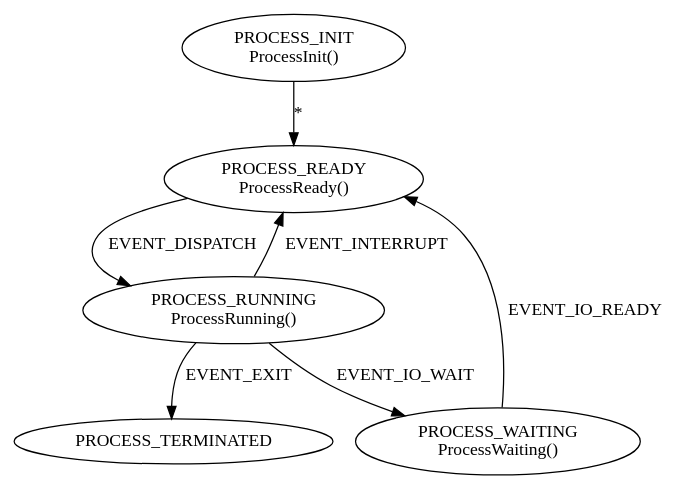
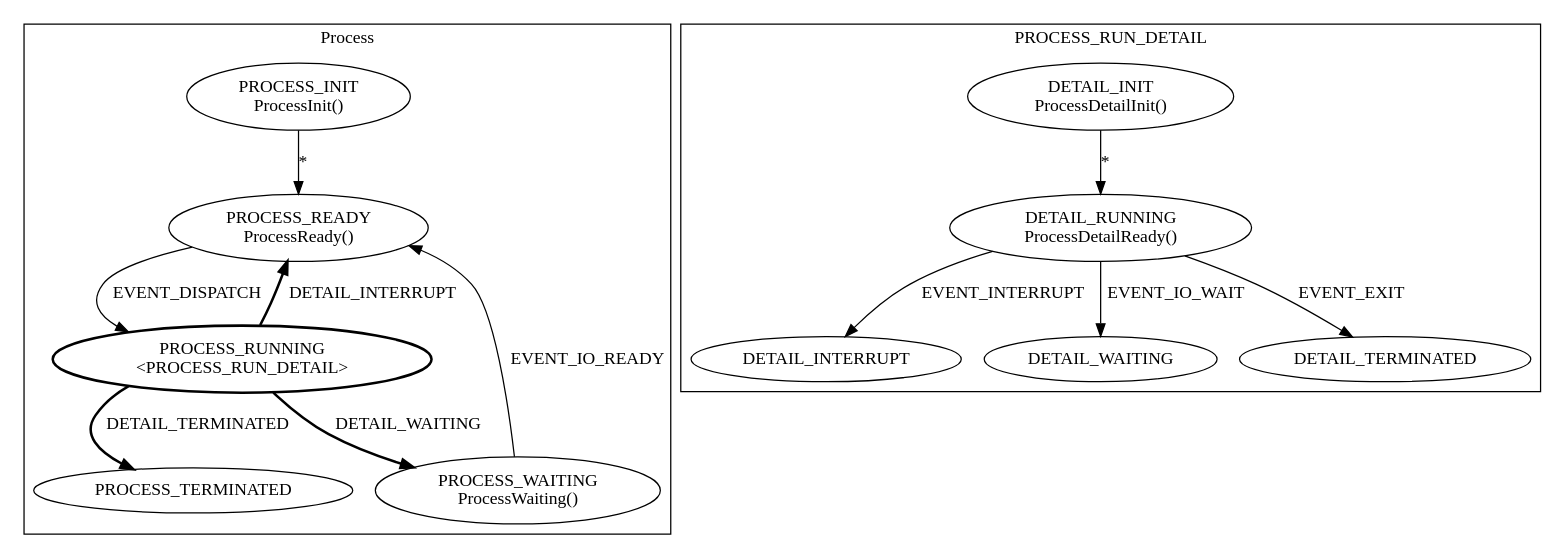
The diagram in HFSM_Demo/bin/HFSM_Demo/process.dot (CoralloNet/HFSM), drawn with Graphviz before and after one commit. The commit also changed 2 other files, not shown here.

Commit message:
Updated graphviz (and pdf) exported files

```diff
--- a/HFSM_Demo/bin/HFSM_Demo/process.dot
+++ b/HFSM_Demo/bin/HFSM_Demo/process.dot
@@ -1,13 +1,33 @@
 
 digraph {
-	PROCESS_INIT[label="PROCESS_INIT\nProcessInit()\n"];
-	PROCESS_INIT -> PROCESS_READY[label="*"];
-	PROCESS_READY[label="PROCESS_READY\nProcessReady()\n"];
-	PROCESS_READY -> PROCESS_RUNNING[label="EVENT_DISPATCH"];
-	PROCESS_RUNNING[label="PROCESS_RUNNING\nProcessRunning()\n"];
-	PROCESS_RUNNING -> PROCESS_READY[label="EVENT_INTERRUPT"];
-	PROCESS_RUNNING -> PROCESS_WAITING[label="EVENT_IO_WAIT"];
-	PROCESS_RUNNING -> PROCESS_TERMINATED[label="EVENT_EXIT"];
-	PROCESS_WAITING[label="PROCESS_WAITING\nProcessWaiting()\n"];
-	PROCESS_WAITING -> PROCESS_READY[label="EVENT_IO_READY"];
+
+
+	subgraph cluster0 {
+		PROCESS_INIT[label="PROCESS_INIT\nProcessInit()\n"];
+		PROCESS_INIT -> PROCESS_READY[label="*"];
+		PROCESS_READY[label="PROCESS_READY\nProcessReady()\n"];
+		PROCESS_READY -> PROCESS_RUNNING[label="EVENT_DISPATCH"];
+		PROCESS_RUNNING[label="PROCESS_RUNNING\n<PROCESS_RUN_DETAIL>\n",style=bold];
+		PROCESS_RUNNING -> PROCESS_READY[label="DETAIL_INTERRUPT",style=bold];
+		PROCESS_RUNNING -> PROCESS_WAITING[label="DETAIL_WAITING",style=bold];
+		PROCESS_RUNNING -> PROCESS_TERMINATED[label="DETAIL_TERMINATED",style=bold];
+		label = "Process";
+	}
+
+
+	subgraph cluster1 {
+		PROCESS_WAITING[label="PROCESS_WAITING\nProcessWaiting()\n"];
+		PROCESS_WAITING -> PROCESS_READY[label="EVENT_IO_READY"];
+		DETAIL_INIT[label="DETAIL_INIT\nProcessDetailInit()\n"];
+		DETAIL_INIT -> DETAIL_RUNNING[label="*"];
+		DETAIL_RUNNING[label="DETAIL_RUNNING\nProcessDetailReady()\n"];
+		DETAIL_RUNNING -> DETAIL_INTERRUPT[label="EVENT_INTERRUPT"];
+		DETAIL_RUNNING -> DETAIL_WAITING[label="EVENT_IO_WAIT"];
+		DETAIL_RUNNING -> DETAIL_TERMINATED[label="EVENT_EXIT"];
+		DETAIL_INTERRUPT[label="DETAIL_INTERRUPT\n"];
+		DETAIL_WAITING[label="DETAIL_WAITING\n"];
+		DETAIL_TERMINATED[label="DETAIL_TERMINATED\n"];
+		label = "PROCESS_RUN_DETAIL";
+	}
+
 }
```
